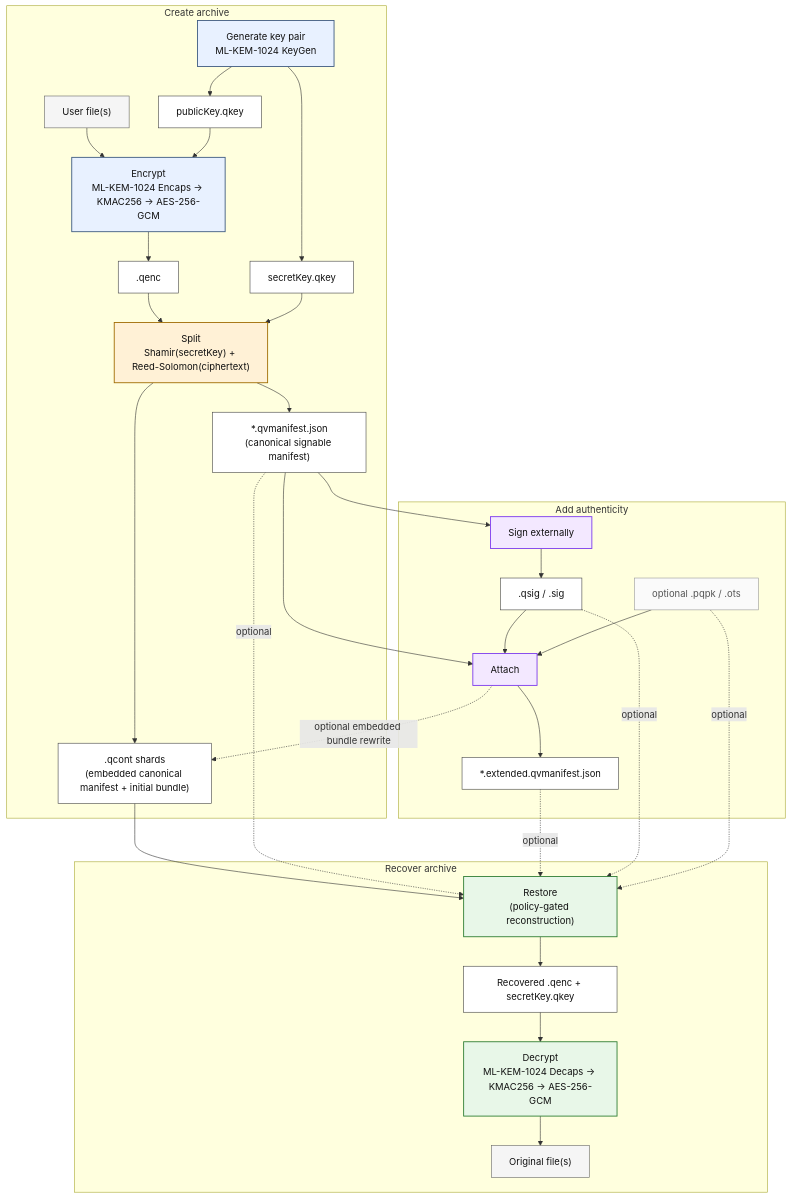
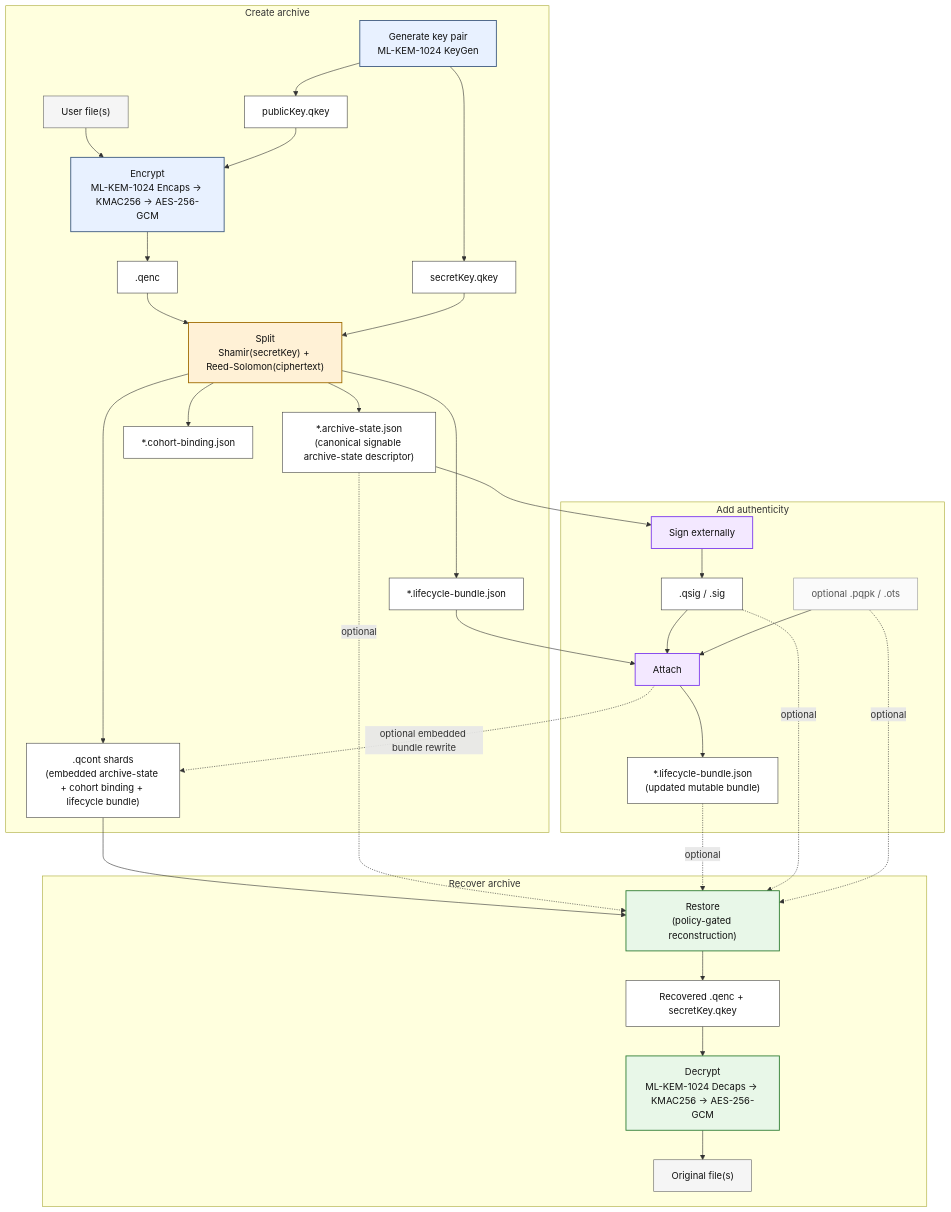
The diagram in README.md (CyberKiska/quantum-vault), drawn with Mermaid before and after one commit. The commit also changed other lines of this file and 22 other files, not shown here.

````diff
--- a/README.md
+++ b/README.md
@@ -68,64 +70,68 @@
 ```mermaid
 flowchart TB
     subgraph CREATE["Create archive"]
         G["Generate key pair<br/>ML-KEM-1024 KeyGen"]:::crypto
         PK["publicKey.qkey"]:::artifact
         SK["secretKey.qkey"]:::artifact
         U["User file(s)"]:::input
         E["Encrypt<br/>ML-KEM-1024 Encaps → KMAC256 → AES-256-GCM"]:::crypto
         Q[".qenc"]:::artifact
         S["Split<br/>Shamir(secretKey) + Reed-Solomon(ciphertext)"]:::split
-        QC[".qcont shards<br/>(embedded canonical manifest + initial bundle)"]:::artifact
-        CM["*.qvmanifest.json<br/>(canonical signable manifest)"]:::artifact
+        QC[".qcont shards<br/>(embedded archive-state + cohort binding + lifecycle bundle)"]:::artifact
+        AS["*.archive-state.json<br/>(canonical signable archive-state descriptor)"]:::artifact
+        CB["*.cohort-binding.json"]:::artifact
+        LB["*.lifecycle-bundle.json"]:::artifact
 
         G --> PK
         G --> SK
         U --> E
         PK --> E
         E --> Q
         Q --> S
         SK --> S
         S --> QC
-        S --> CM
+        S --> AS
+        S --> CB
+        S --> LB
     end
 
     subgraph AUTH["Add authenticity"]
         SG["Sign externally"]:::auth
         SIG[".qsig / .sig"]:::artifact
         OPT["optional .pqpk / .ots"]:::optional
         AT["Attach"]:::auth
-        EM["*.extended.qvmanifest.json"]:::artifact
+        EM["*.lifecycle-bundle.json<br/>(updated mutable bundle)"]:::artifact
 
-        CM --> SG
+        AS --> SG
         SG --> SIG
-        CM --> AT
+        LB --> AT
         SIG --> AT
         OPT --> AT
         AT --> EM
         AT -. optional embedded bundle rewrite .-> QC
     end
 
     subgraph RECOVER["Recover archive"]
         R["Restore<br/>(policy-gated reconstruction)"]:::restore
         OUT["Recovered .qenc + secretKey.qkey"]:::artifact
         D["Decrypt<br/>ML-KEM-1024 Decaps → KMAC256 → AES-256-GCM"]:::restore
         F["Original file(s)"]:::input
 
         QC --> R
-        CM -. optional .-> R
+        AS -. optional .-> R
         EM -. optional .-> R
         SIG -. optional .-> R
         OPT -. optional .-> R
         R --> OUT
         OUT --> D
         D --> F
     end
 
     classDef input fill:#f5f5f5,stroke:#666,stroke-width:1px,color:#111;
     classDef crypto fill:#e8f1ff,stroke:#3d5a80,stroke-width:1.5px,color:#111;
     classDef split fill:#fff1d6,stroke:#a06b00,stroke-width:1.5px,color:#111;
     classDef auth fill:#f3e8ff,stroke:#7c3aed,stroke-width:1.5px,color:#111;
     classDef restore fill:#e8f7e8,stroke:#2e7d32,stroke-width:1.5px,color:#111;
     classDef artifact fill:#ffffff,stroke:#444,stroke-width:1px,color:#111;
     classDef optional fill:#fafafa,stroke:#999,stroke-width:1px,color:#555;
 ```
````
